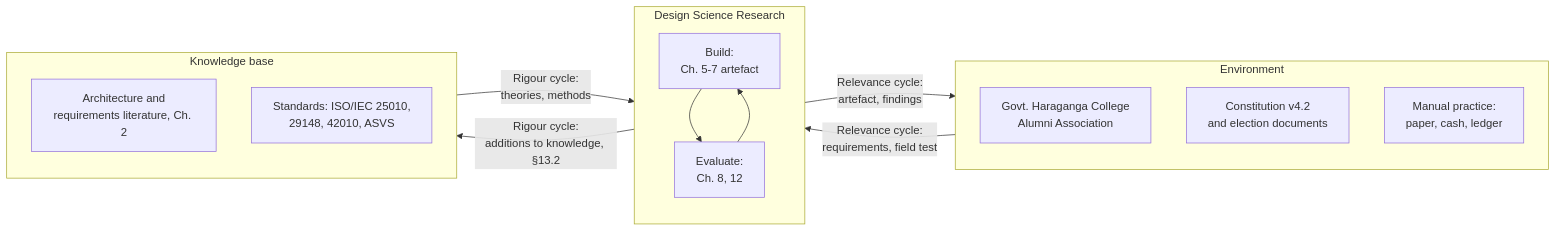
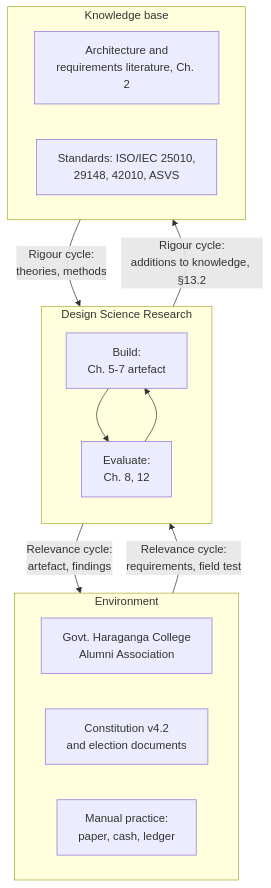
One commit to shalin-rahman/GHCAA changed the first of 5 diagrams in docs/book/04-methodology.md. Above: the diagram before and after it, drawn with Mermaid. The commit also changed other lines of this file and 22 other files, not shown here.

First line of the commit message:
docs(book): align with the implementation, fit every figure to A4, print a real PDF

````diff
--- a/docs/book/04-methodology.md
+++ b/docs/book/04-methodology.md
@@ -291,22 +305,24 @@
 ```mermaid
-flowchart LR
+flowchart TB
     subgraph ENV["Environment"]
+      direction LR
       E1[Govt. Haraganga College<br/>Alumni Association]
       E2[Constitution v4.2<br/>and election documents]
       E3[Manual practice:<br/>paper, cash, ledger]
     end
     subgraph DSR["Design Science Research"]
       direction TB
       B[Build:<br/>Ch. 5-7 artefact]
       E[Evaluate:<br/>Ch. 8, 12]
       B --> E --> B
     end
     subgraph KB["Knowledge base"]
+      direction LR
       K1[Architecture and<br/>requirements literature, Ch. 2]
       K2[Standards: ISO/IEC 25010,<br/>29148, 42010, ASVS]
     end
     ENV -->|Relevance cycle:<br/>requirements, field test| DSR
     DSR -->|Relevance cycle:<br/>artefact, findings| ENV
     KB -->|Rigour cycle:<br/>theories, methods| DSR
     DSR -->|Rigour cycle:<br/>additions to knowledge, §13.2| KB
 ```
````
